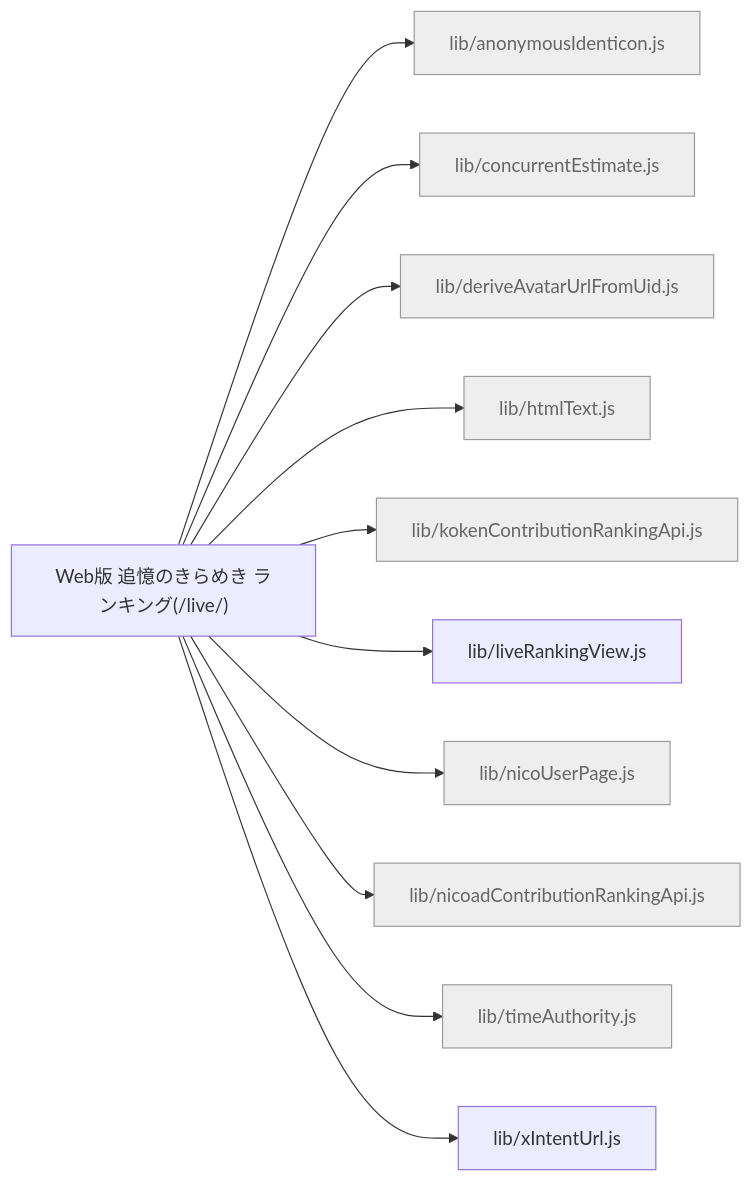
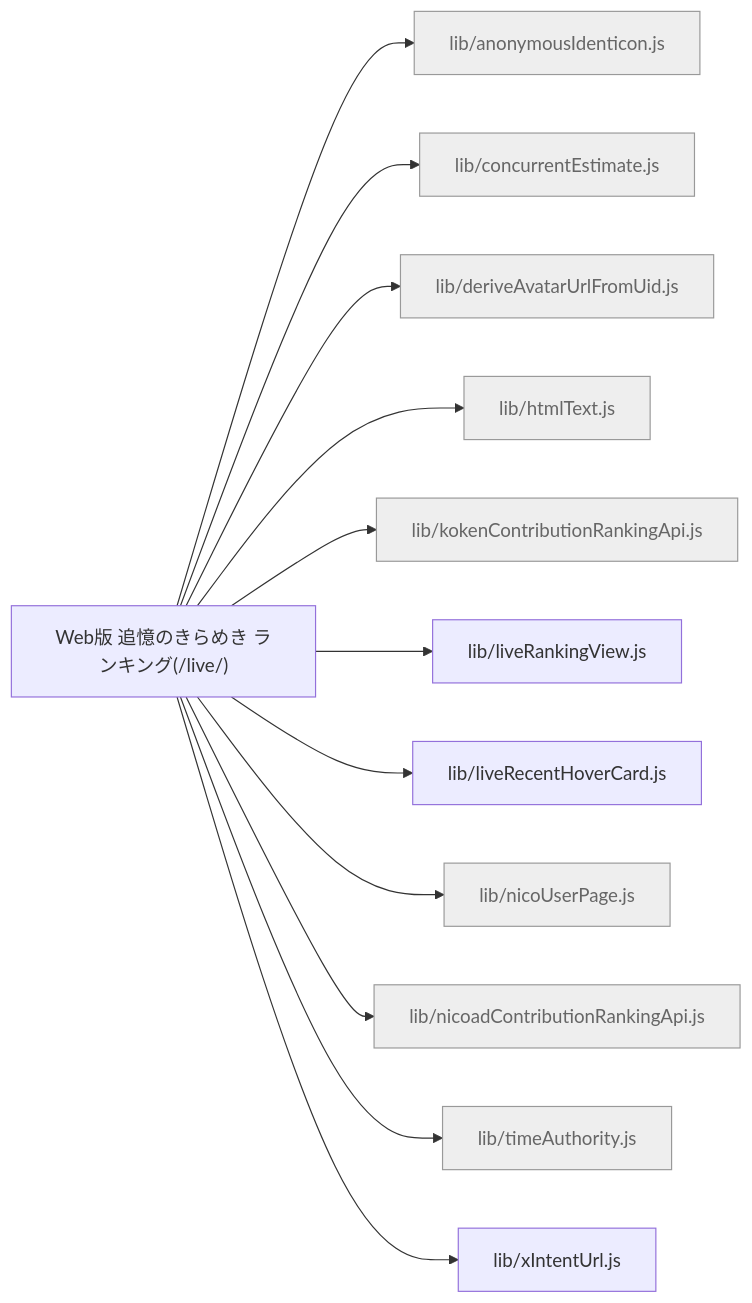
Before and after one commit to kimito-link/tsuioku-no-kirameki.com: the diagram in docs/feature-map/live-ranking.md, drawn with Mermaid. The commit also changed 33 other files, not shown here.

````diff
--- a/docs/feature-map/live-ranking.md
+++ b/docs/feature-map/live-ranking.md
@@ -13,15 +13,16 @@
 ```mermaid
 graph LR
   n_live_ranking["Web版 追憶のきらめき ランキング(/live/)"]
   n_live_ranking --> n_src_lib_anonymousIdenticon_js["lib/anonymousIdenticon.js"]:::shared
   n_live_ranking --> n_src_lib_concurrentEstimate_js["lib/concurrentEstimate.js"]:::shared
   n_live_ranking --> n_src_lib_deriveAvatarUrlFromUid_js["lib/deriveAvatarUrlFromUid.js"]:::shared
   n_live_ranking --> n_src_lib_htmlText_js["lib/htmlText.js"]:::shared
   n_live_ranking --> n_src_lib_kokenContributionRankingApi_js["lib/kokenContributionRankingApi.js"]:::shared
   n_live_ranking --> n_src_lib_liveRankingView_js["lib/liveRankingView.js"]
+  n_live_ranking --> n_src_lib_liveRecentHoverCard_js["lib/liveRecentHoverCard.js"]
   n_live_ranking --> n_src_lib_nicoUserPage_js["lib/nicoUserPage.js"]:::shared
   n_live_ranking --> n_src_lib_nicoadContributionRankingApi_js["lib/nicoadContributionRankingApi.js"]:::shared
   n_live_ranking --> n_src_lib_timeAuthority_js["lib/timeAuthority.js"]:::shared
   n_live_ranking --> n_src_lib_xIntentUrl_js["lib/xIntentUrl.js"]
   classDef shared fill:#eee,stroke:#999,color:#666;
 ```
````
